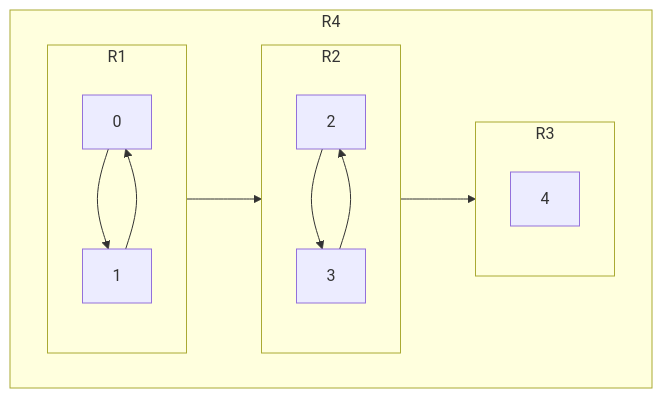
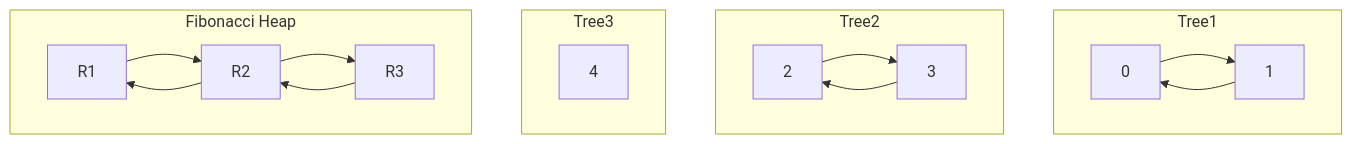
The second of 2 diagrams in README.md (alkasher/Fibonacci_Heap), drawn with Mermaid before and after one commit.

````diff
--- a/README.md
+++ b/README.md
@@ -43,19 +43,21 @@
 ```mermaid
 graph TD
-subgraph R1
+subgraph Tree1
 A[0] --> B[1]
 B[1] --> A[0]
 end
-subgraph R2
+subgraph Tree2
 C[2] --> D[3]
 D[3] --> C[2]
 end
-subgraph R3
+subgraph Tree3
 E[4]
 end
-subgraph R4
+subgraph Fibonacci Heap
 direction LR
 R1-->R2
+R2-->R1
 R2-->R3
+R3-->R2
 end
 ```
````
